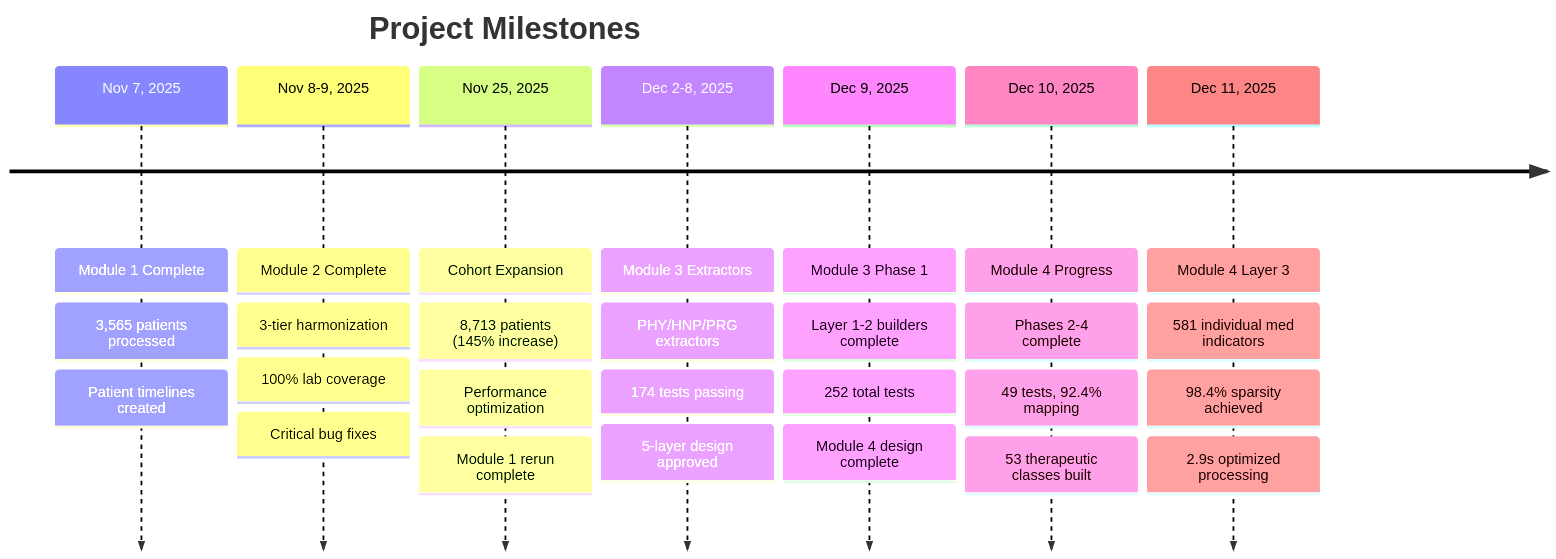
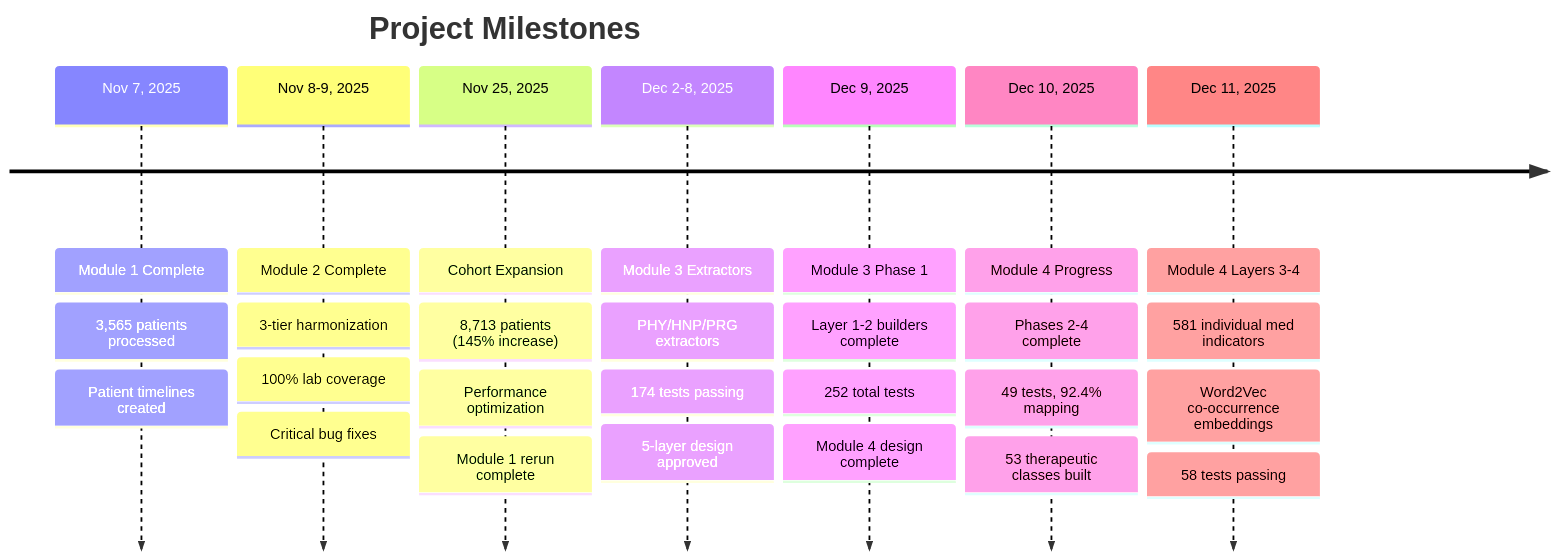
Before and after one commit to moinhs1/extracting-features: the third of 3 diagrams in docs/progress.md, drawn with Mermaid. The commit also changed other lines of this file and 2 other files, not shown here.

First line of the commit message:
docs: update documentation for Phase 6 Layer 4 completion

````diff
--- a/docs/progress.md
+++ b/docs/progress.md
@@ -153,38 +154,38 @@
 ```mermaid
 timeline
     title Project Milestones
 
     Nov 7, 2025 : Module 1 Complete
                 : 3,565 patients processed
                 : Patient timelines created
 
     Nov 8-9, 2025 : Module 2 Complete
                   : 3-tier harmonization
                   : 100% lab coverage
                   : Critical bug fixes
 
     Nov 25, 2025 : Cohort Expansion
                  : 8,713 patients (145% increase)
                  : Performance optimization
                  : Module 1 rerun complete
 
     Dec 2-8, 2025 : Module 3 Extractors
                   : PHY/HNP/PRG extractors
                   : 174 tests passing
                   : 5-layer design approved
 
     Dec 9, 2025 : Module 3 Phase 1
                 : Layer 1-2 builders complete
                 : 252 total tests
                 : Module 4 design complete
 
     Dec 10, 2025 : Module 4 Progress
                  : Phases 2-4 complete
                  : 49 tests, 92.4% mapping
                  : 53 therapeutic classes built
 
-    Dec 11, 2025 : Module 4 Layer 3
+    Dec 11, 2025 : Module 4 Layers 3-4
                  : 581 individual med indicators
-                 : 98.4% sparsity achieved
-                 : 2.9s optimized processing
+                 : Word2Vec co-occurrence embeddings
+                 : 58 tests passing
 ```
````
